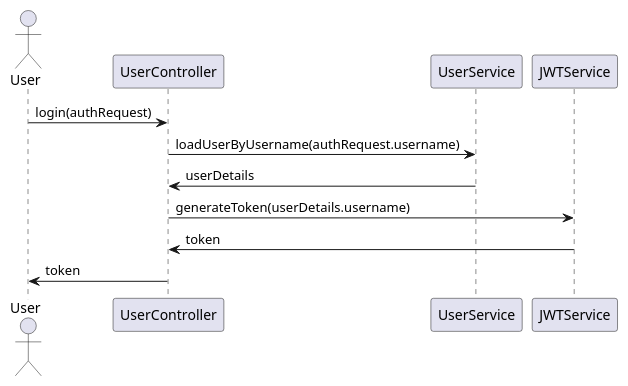
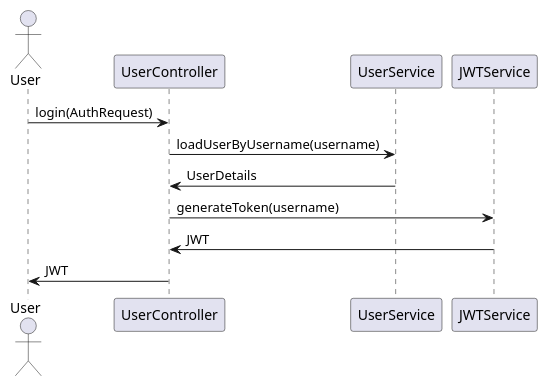
The second of 6 diagrams in identityprovider/documentation/detaileddesign.adoc (shreya-cn/autodev.ai), drawn with PlantUML before and after one commit. The commit also changed other lines of this file and 7 other files, not shown here.

```diff
--- a/identityprovider/documentation/detaileddesign.adoc
+++ b/identityprovider/documentation/detaileddesign.adoc
@@ -279,16 +309,16 @@
-[plantuml, authentication-flow, png]
+[plantuml, authentication-sequence, png]
 ----
 @startuml
 actor User
 participant UserController
 participant UserService
 participant JWTService
 
-User -> UserController : login(authRequest)
-UserController -> UserService : loadUserByUsername(authRequest.username)
-UserService -> UserController : userDetails
-UserController -> JWTService : generateToken(userDetails.username)
-JWTService -> UserController : token
-UserController -> User : token
+User -> UserController : login(AuthRequest)
+UserController -> UserService : loadUserByUsername(username)
+UserService -> UserController : UserDetails
+UserController -> JWTService : generateToken(username)
+JWTService -> UserController : JWT
+UserController -> User : JWT
 @enduml
 ----
```
